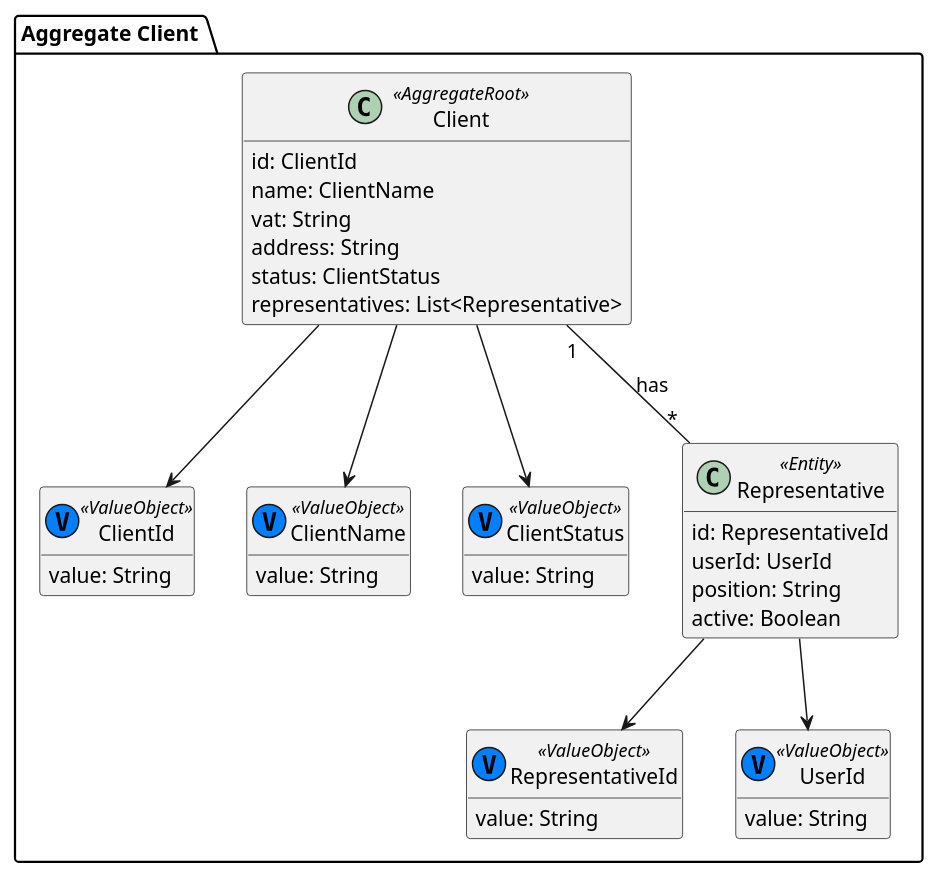
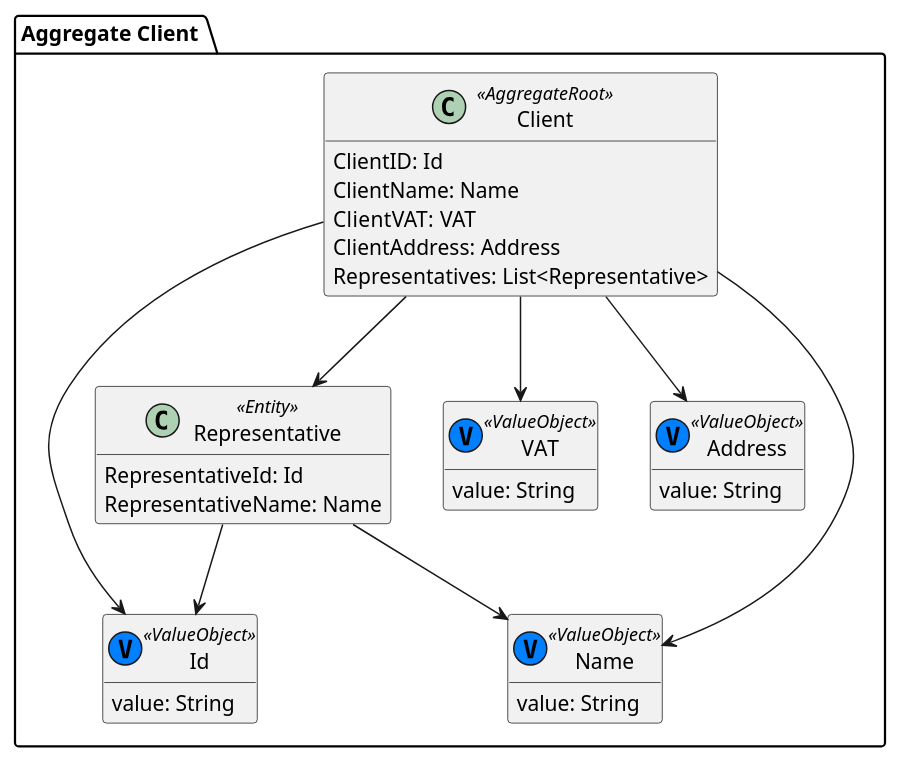
Before and after one commit to HenriqueSilva18/Drone-Show-Management-System: the diagram in docs/us_110/subDomains/domains/aggregate_client.puml, drawn with PlantUML. The commit also changed 10 other files, not shown here.

```diff
--- a/docs/us_110/subDomains/domains/aggregate_client.puml
+++ b/docs/us_110/subDomains/domains/aggregate_client.puml
@@ -1,52 +1,46 @@
 @startuml
 hide methods
 
 package "Aggregate Client " {
 
     ' Agregado Client (Aggregate Root)
     class Client <<AggregateRoot>> {
-        id: ClientId
-        name: ClientName
-        vat: String
-        address: String
-        status: ClientStatus
-        representatives: List<Representative>
+        ClientID: Id
+        ClientName: Name
+        ClientVAT: VAT
+        ClientAddress: Address
+        Representatives: List<Representative>
     }
 
     ' Value Objects do Client
-    class ClientId <<(V, #007fff) ValueObject>> {
+    class Id <<(V, #007fff) ValueObject>> {
         value: String
     }
 
-    class ClientName <<(V, #007fff) ValueObject>> {
+    class Name <<(V, #007fff) ValueObject>> {
         value: String
     }
 
-    class ClientStatus <<(V, #007fff)ValueObject>> {
+    class VAT <<(V, #007fff) ValueObject>> {
+        value: String
+    }
+
+    class Address <<(V, #007fff) ValueObject>> {
         value: String
     }
 
     ' Representante (Gestor do sistema é um tipo de User, aqui é o representante do cliente)
     class Representative <<Entity>> {
-        id: RepresentativeId
-        userId: UserId
-        position: String
-        active: Boolean
+        RepresentativeId: Id
+        RepresentativeName: Name
     }
 
-    class RepresentativeId <<(V, #007fff) ValueObject>> {
-        value: String
-    }
-
-    class UserId <<(V, #007fff) ValueObject>> {
-        value: String
-    }
-
-    Client --> ClientId
-    Client --> ClientName
-    Client --> ClientStatus
-    Client "1" -- "*" Representative : has
-    Representative --> RepresentativeId
-    Representative --> UserId
+    Client --> Id
+    Client --> Name
+    Client --> VAT
+    Client --> Representative
+    Representative --> Id
+    Representative --> Name
+    Client --> Address
 }
 @enduml
```
